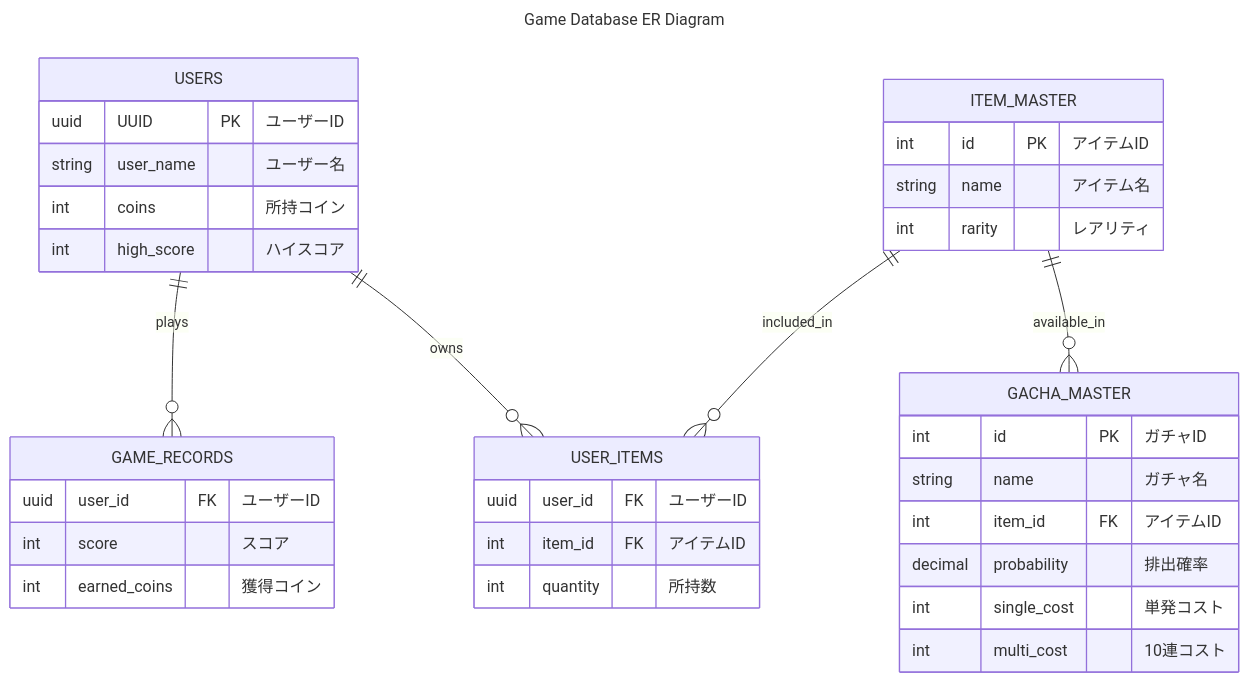
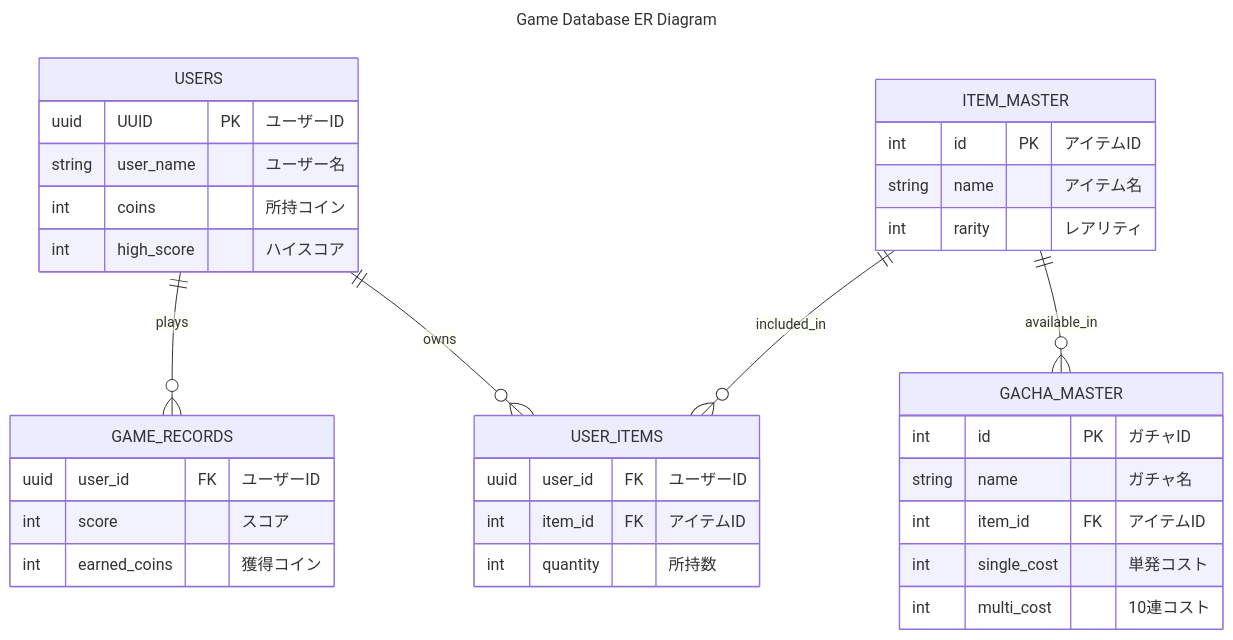
The diagram in databaseErGrapth.md (subarunrun0812/42_roadToCyberagent), drawn with Mermaid before and after one commit. The commit also changed 2 other files, not shown here.

Commit message:
remove; ガチャの排出確率を削除
理由: ITEM_MASTERのレアリティを設定しているため、不要だと判断した

````diff
--- a/databaseErGrapth.md
+++ b/databaseErGrapth.md
@@ -1,44 +1,43 @@
 ```mermaid
 ---
 title: Game Database ER Diagram
 ---
 erDiagram
     USERS ||--o{ GAME_RECORDS : "plays"
     USERS ||--o{ USER_ITEMS : "owns"
     ITEM_MASTER ||--o{ USER_ITEMS : "included_in"
     ITEM_MASTER ||--o{ GACHA_MASTER : "available_in"
     
     USERS {
         uuid UUID PK "ユーザーID"
         string user_name "ユーザー名"
         int coins "所持コイン"
         int high_score "ハイスコア"
     }
 
     GAME_RECORDS {
         uuid user_id FK "ユーザーID"
         int score "スコア"
         int earned_coins "獲得コイン"
     }
 
     USER_ITEMS {
         uuid user_id FK "ユーザーID"
         int item_id FK "アイテムID"
         int quantity "所持数"
     }
 
     ITEM_MASTER {
         int id PK "アイテムID"
         string name "アイテム名"
         int rarity "レアリティ"
     }
 
     GACHA_MASTER {
         int id PK "ガチャID"
         string name "ガチャ名"
         int item_id FK "アイテムID"
-        decimal probability "排出確率"
         int single_cost "単発コスト"
         int multi_cost "10連コスト"
     }
 ```
````
